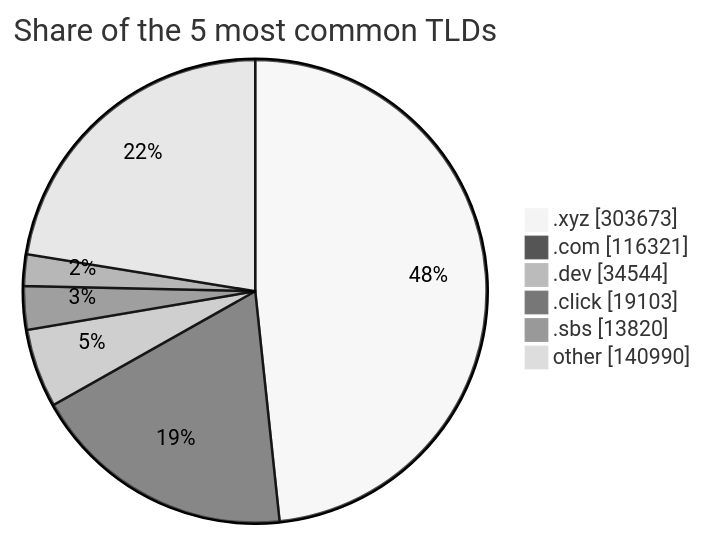
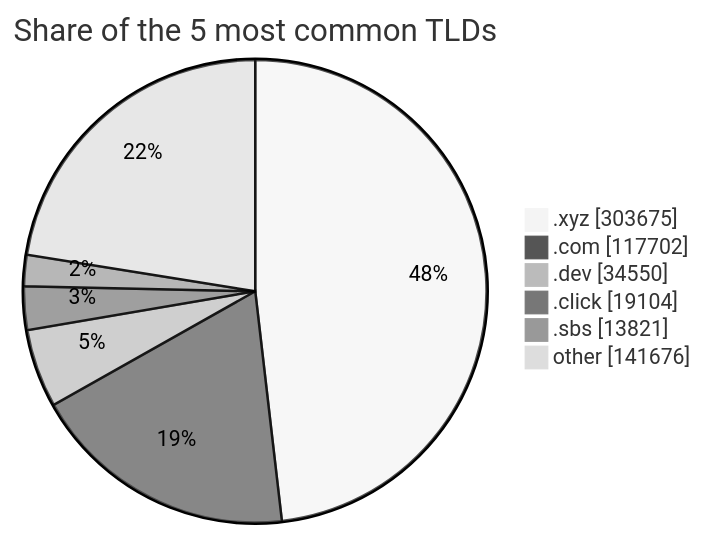
Before and after one commit to DNSBunker/CTI: the third of 3 diagrams in README.md, drawn with Mermaid (neutral theme). The commit also changed other lines of this file and 3 other files, not shown here.

````diff
--- a/README.md
+++ b/README.md
@@ -81,9 +81,9 @@
 ```mermaid
 pie showData title Share of the 5 most common TLDs
-    ".xyz" : 303673
-    ".com" : 116321
-    ".dev" : 34544
-    ".click" : 19103
-    ".sbs" : 13820
-    "other" : 140990
+    ".xyz" : 303675
+    ".com" : 117702
+    ".dev" : 34550
+    ".click" : 19104
+    ".sbs" : 13821
+    "other" : 141676
 ```
````
